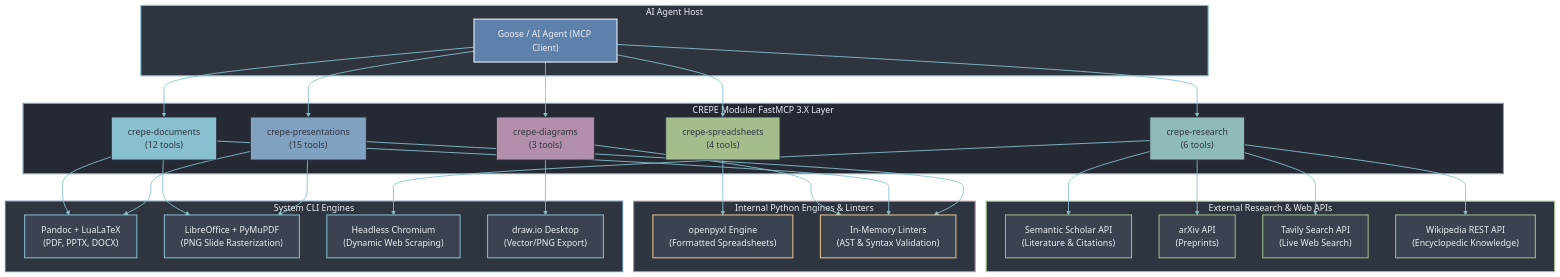
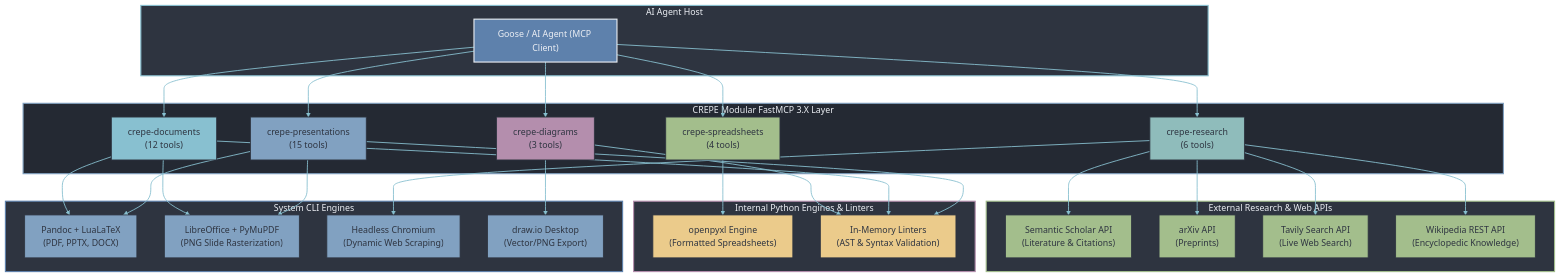
Before and after one commit to mariolpantunes/crepe-mcp: the diagram in README.md, drawn with Mermaid.

Commit message:
docs: apply solid Nord pastel fills to lower-level diagram boxes for optimal contrast

```diff
--- a/README.md
+++ b/README.md
@@ -79,9 +79,9 @@
     classDef research fill:#8FBCBB,stroke:#2E3440,stroke-width:1.5px,color:#2E3440;
     classDef sheets fill:#A3BE8C,stroke:#2E3440,stroke-width:1.5px,color:#2E3440;
     classDef diagrams fill:#B48EAD,stroke:#2E3440,stroke-width:1.5px,color:#2E3440;
-    classDef engine fill:#3B4252,stroke:#88C0D0,stroke-width:1.8px,color:#ECEFF4;
-    classDef api fill:#3B4252,stroke:#A3BE8C,stroke-width:1.8px,color:#ECEFF4;
-    classDef internal fill:#3B4252,stroke:#EBCB8B,stroke-width:1.8px,color:#ECEFF4;
+    classDef engine fill:#81A1C1,stroke:#2E3440,stroke-width:1.5px,color:#2E3440;
+    classDef api fill:#A3BE8C,stroke:#2E3440,stroke-width:1.5px,color:#2E3440;
+    classDef internal fill:#EBCB8B,stroke:#2E3440,stroke-width:1.5px,color:#2E3440;
 
     class Agent client;
     class Pres pres;
```
